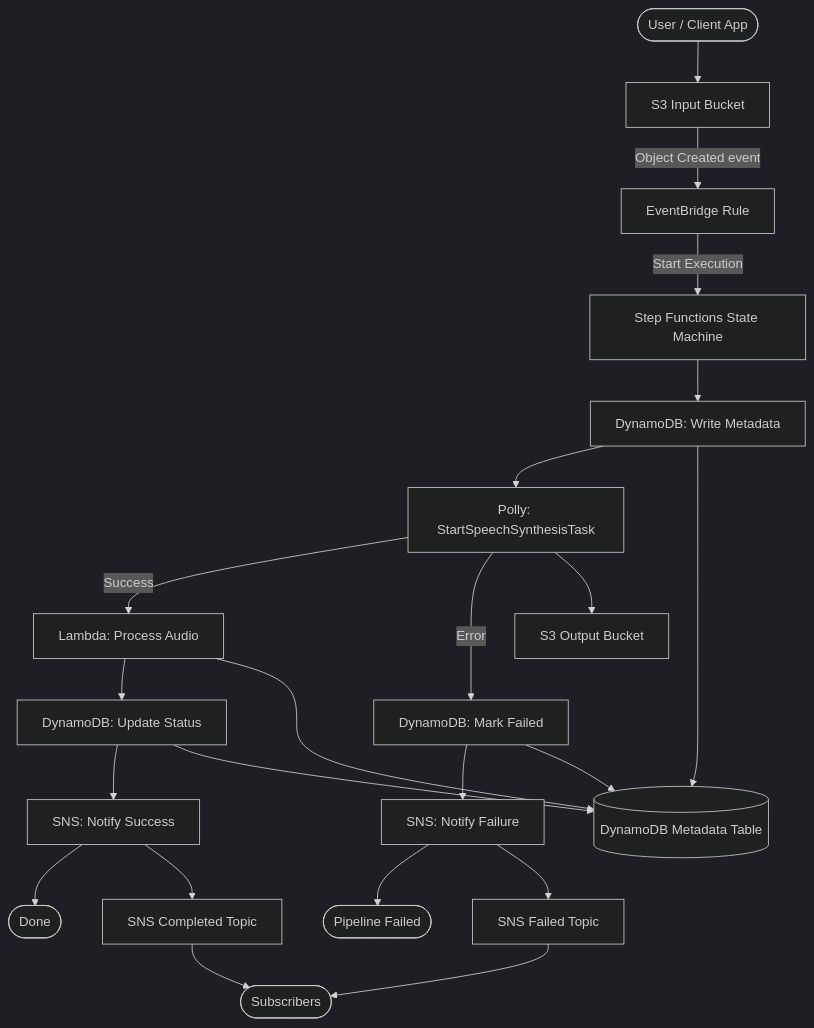
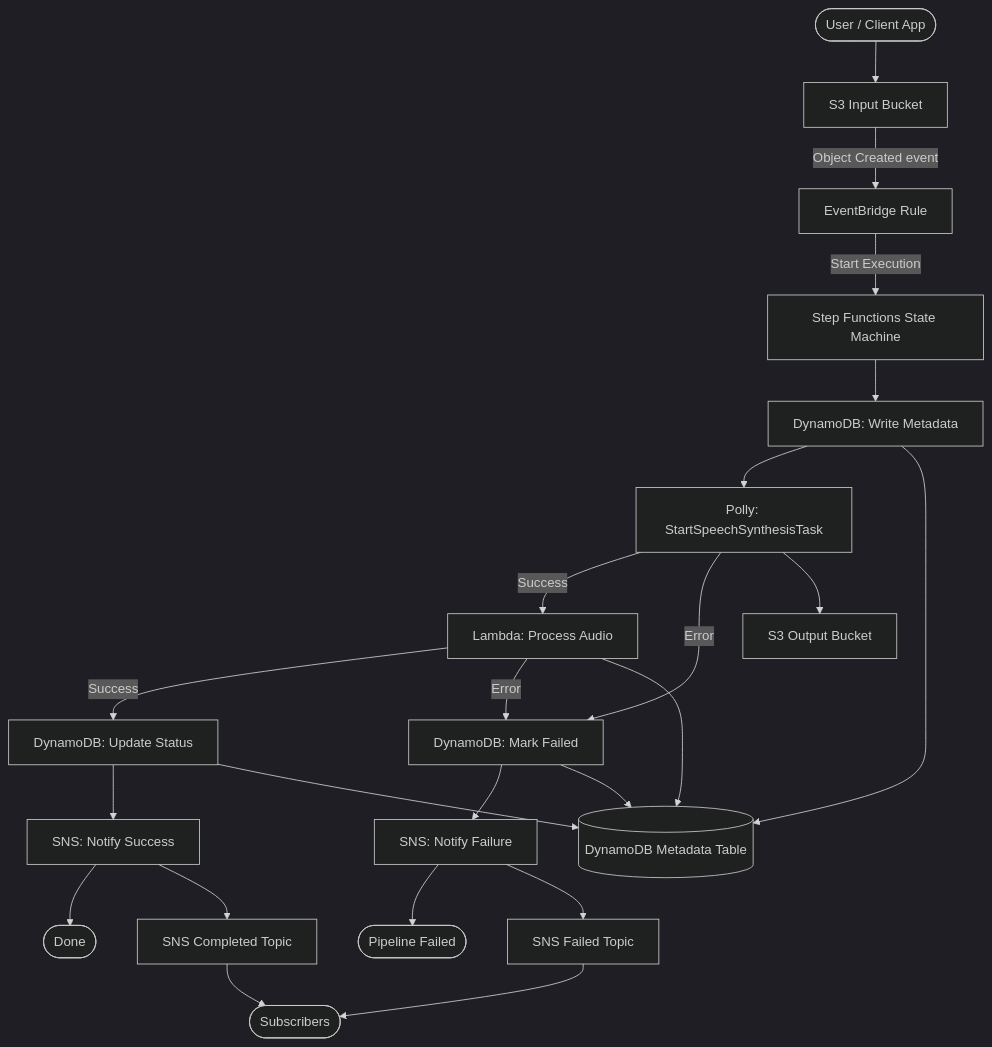
One commit to obstreperous-ai/cdk-sleep-ts-kiro changed the first of 2 diagrams in ARCHITECTURE.md. Above: the diagram before and after it, drawn with Mermaid (dark theme). The commit also changed other lines of this file, not shown here.

Commit message:
docs: update ARCHITECTURE.md with Process Audio error handling path

````diff
--- a/ARCHITECTURE.md
+++ b/ARCHITECTURE.md
@@ -23,24 +23,25 @@
 ```mermaid
 flowchart TD
     User([User / Client App]) --> S3Input[S3 Input Bucket]
     S3Input -->|Object Created event| EB[EventBridge Rule]
     EB -->|Start Execution| SFN[Step Functions State Machine]
     SFN --> WriteMetadata[DynamoDB: Write Metadata]
     WriteMetadata --> PollyTask[Polly: StartSpeechSynthesisTask]
     PollyTask -->|Success| ProcessAudio[Lambda: Process Audio]
     PollyTask -->|Error| MarkFailed[DynamoDB: Mark Failed]
-    ProcessAudio --> UpdateStatus[DynamoDB: Update Status]
+    ProcessAudio -->|Success| UpdateStatus[DynamoDB: Update Status]
+    ProcessAudio -->|Error| MarkFailed
     UpdateStatus --> NotifySuccess[SNS: Notify Success]
     NotifySuccess --> Done([Done])
     MarkFailed --> NotifyFailure[SNS: Notify Failure]
     NotifyFailure --> PipelineFailed([Pipeline Failed])
     WriteMetadata --> DDB[(DynamoDB Metadata Table)]
     UpdateStatus --> DDB
     MarkFailed --> DDB
     ProcessAudio --> DDB
     NotifySuccess --> SNSCompleted[SNS Completed Topic]
     NotifyFailure --> SNSFailed[SNS Failed Topic]
     SNSCompleted --> Subscribers([Subscribers])
     SNSFailed --> Subscribers
     PollyTask --> S3Output[S3 Output Bucket]
 ```
````
